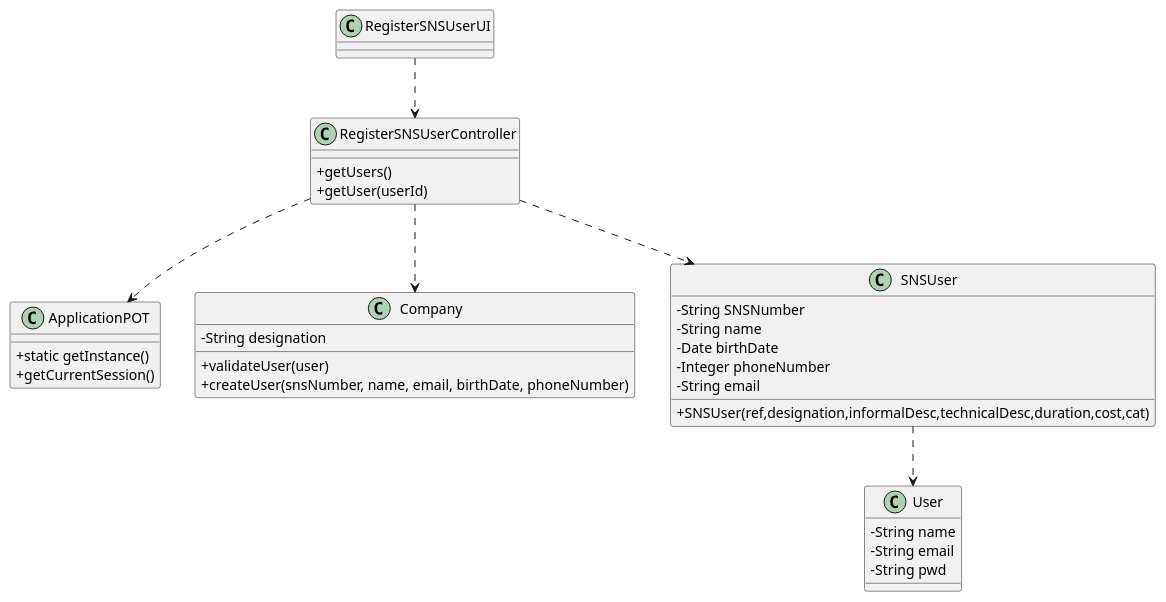
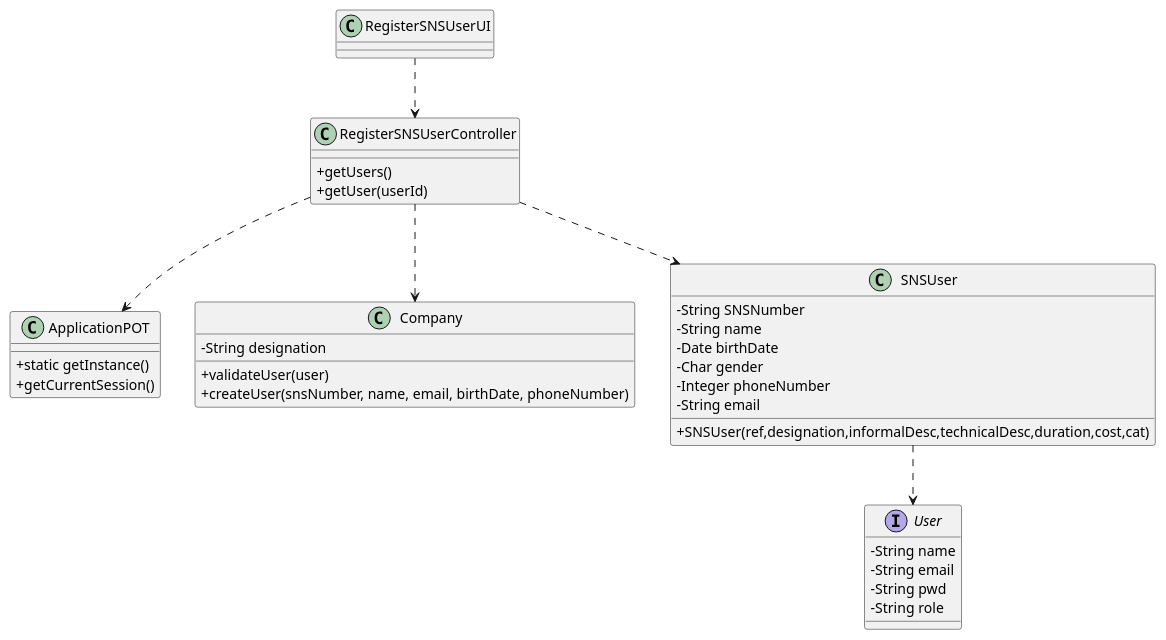
One commit to miseEnPlace-i/lapr2 changed the diagram in docs/SprintB/US03/CD/US03_CD.puml. Above: the diagram before and after it, drawn with PlantUML. The commit also changed 2 other files, not shown here.

```diff
--- a/docs/SprintB/US03/CD/US03_CD.puml
+++ b/docs/SprintB/US03/CD/US03_CD.puml
@@ -1,50 +1,52 @@
 @startuml Class Diagram
 skinparam classAttributeIconSize 0
 
 class ApplicationPOT {
   + static getInstance()
   + getCurrentSession()
 }
 
 class Company {
   - String designation
   + validateUser(user)
   + createUser(snsNumber, name, email, birthDate, phoneNumber)
 }
 
 class RegisterSNSUserController {
   + getUsers()
   + getUser(userId)
 }
 
 class RegisterSNSUserUI { }
 
 class SNSUser {
   - String SNSNumber
   - String name
   - Date birthDate
+  - Char gender
   - Integer phoneNumber
   - String email
   + SNSUser(ref,designation,informalDesc,technicalDesc,duration,cost,cat)
 }
 
-class User {
+interface User {
   - String name
   - String email
   - String pwd
+  - String role
 }
 
 ' class UserSession {
 '   + getUserEmail()
 ' }
 
 RegisterSNSUserController ..> ApplicationPOT
 RegisterSNSUserController ..> Company
 RegisterSNSUserController ..> SNSUser
 ' RegisterSNSUserController ..> UserSession
 
 RegisterSNSUserUI ..> RegisterSNSUserController
 
 SNSUser ..> User
 
 @enduml
```
